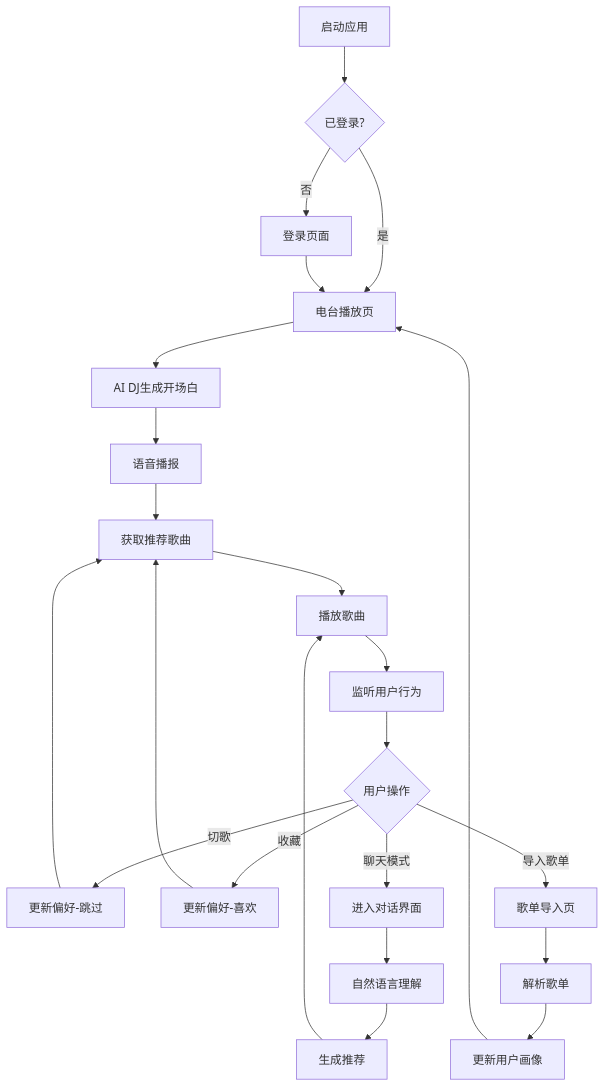
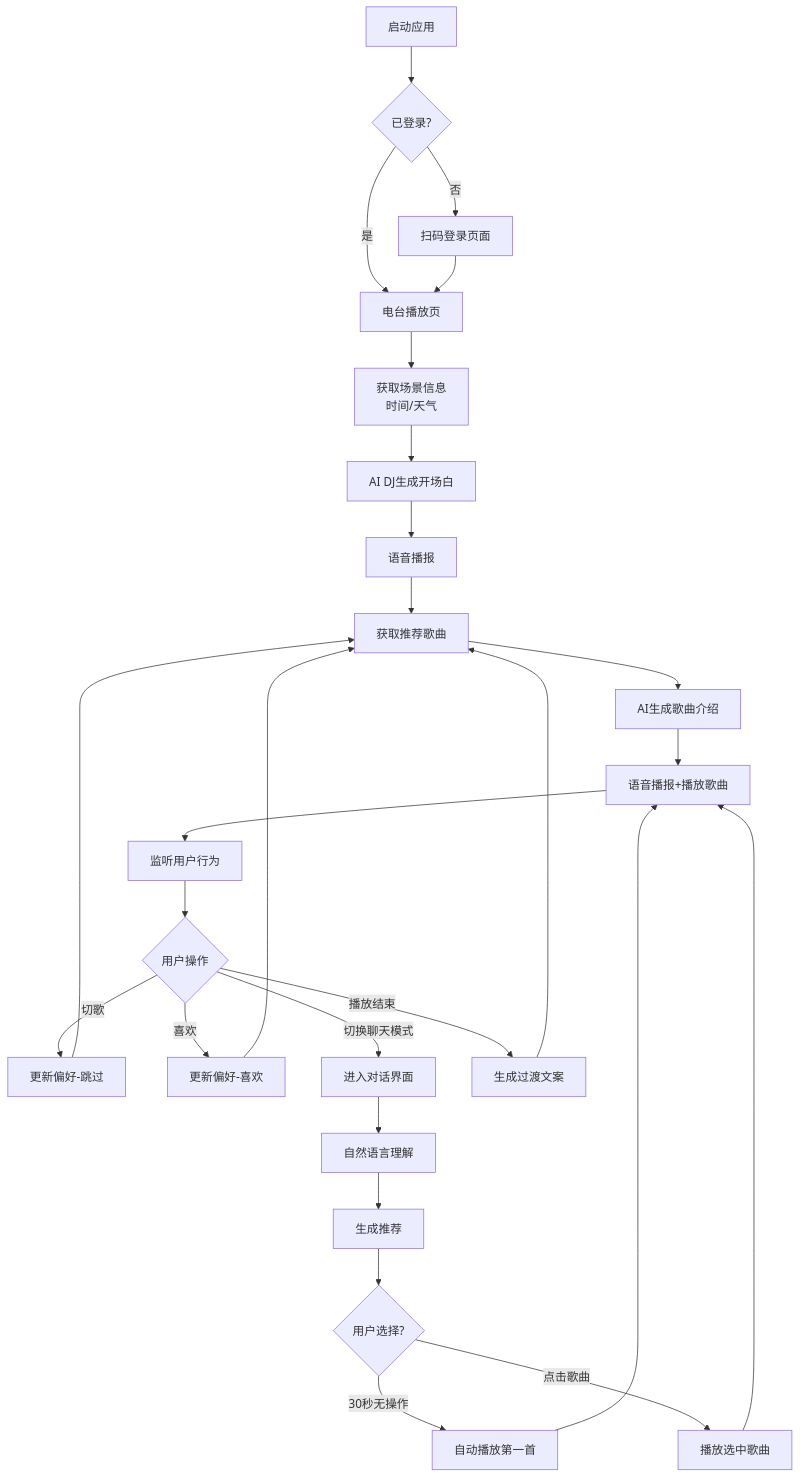
The diagram in .trae/documents/hermudio-prd.md (ericshpych/Hermudio), drawn with Mermaid before and after one commit. The commit also changed other lines of this file and 1 other file, not shown here.

````diff
--- a/.trae/documents/hermudio-prd.md
+++ b/.trae/documents/hermudio-prd.md
@@ -73,25 +62,29 @@
 ```mermaid
 graph TD
     A[启动应用] --> B{已登录?}
-    B -->|否| C[登录页面]
+    B -->|否| C[扫码登录页面]
     B -->|是| D[电台播放页]
     C --> D
-    D --> E[AI DJ生成开场白]
-    E --> F[语音播报]
-    F --> G[获取推荐歌曲]
-    G --> H[播放歌曲]
-    H --> I[监听用户行为]
-    I --> J{用户操作}
-    J -->|切歌| K[更新偏好-跳过]
-    J -->|收藏| L[更新偏好-喜欢]
-    J -->|聊天模式| M[进入对话界面]
-    J -->|导入歌单| N[歌单导入页]
-    K --> G
-    L --> G
-    M --> O[自然语言理解]
-    O --> P[生成推荐]
+    D --> E[获取场景信息<br/>时间/天气]
+    E --> F[AI DJ生成开场白]
+    F --> G[语音播报]
+    G --> H[获取推荐歌曲]
+    H --> I[AI生成歌曲介绍]
+    I --> J[语音播报+播放歌曲]
+    J --> K[监听用户行为]
+    K --> L{用户操作}
+    L -->|切歌| M[更新偏好-跳过]
+    L -->|喜欢| N[更新偏好-喜欢]
+    L -->|切换聊天模式| O[进入对话界面]
+    L -->|播放结束| P[生成过渡文案]
+    M --> H
+    N --> H
     P --> H
-    N --> Q[解析歌单]
-    Q --> R[更新用户画像]
-    R --> D
+    O --> Q[自然语言理解]
+    Q --> R[生成推荐]
+    R --> S{用户选择?}
+    S -->|30秒无操作| T[自动播放第一首]
+    S -->|点击歌曲| U[播放选中歌曲]
+    T --> J
+    U --> J
 ```
````
